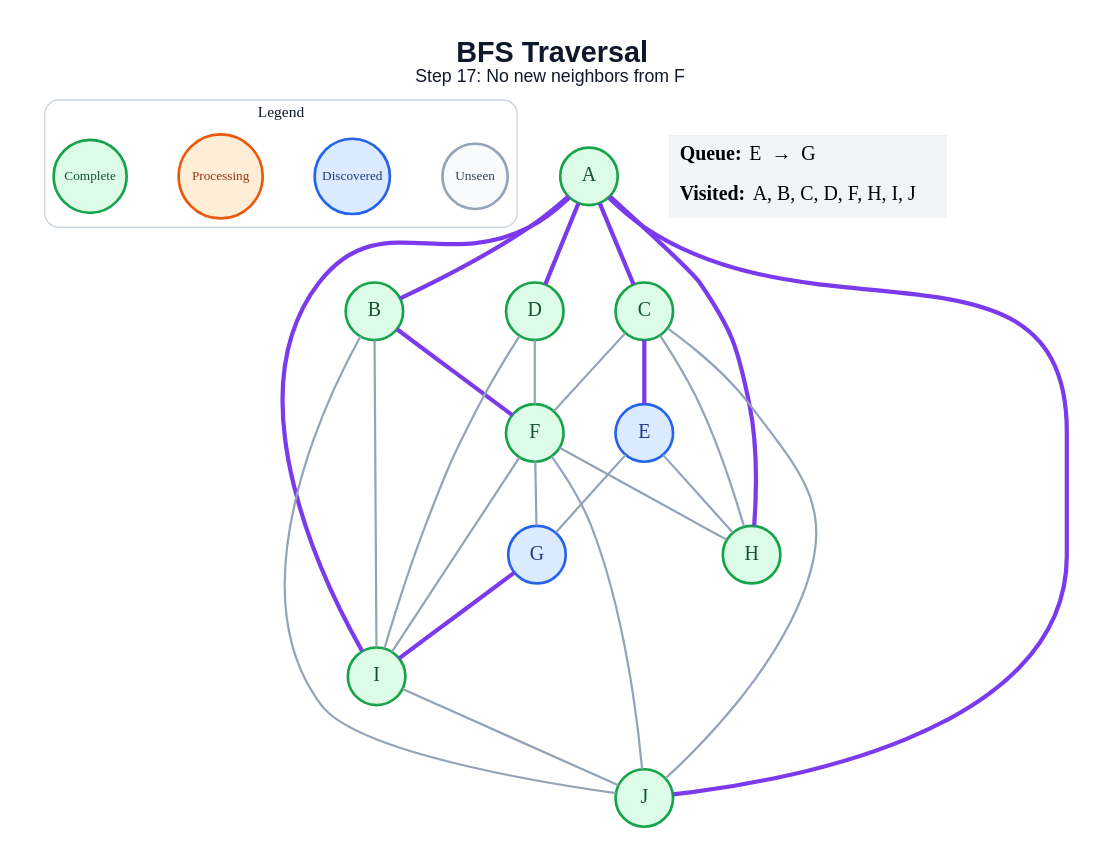
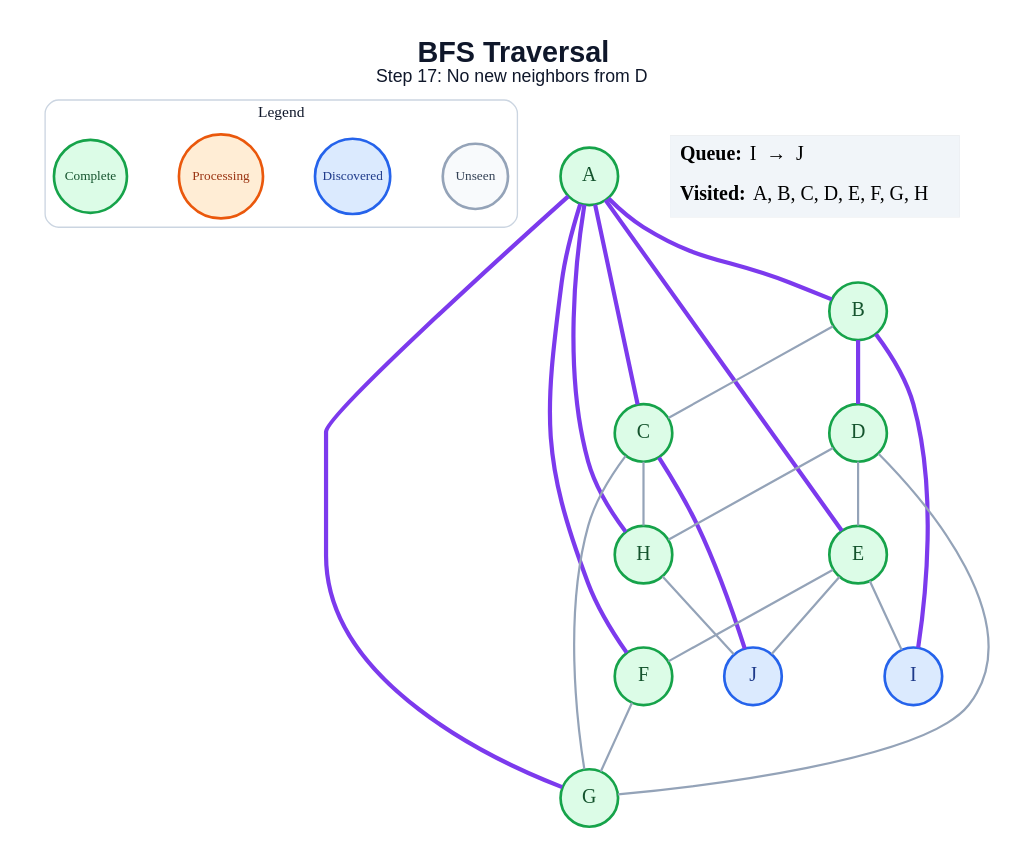
One commit to amanghodawala9/ai-slop changed the diagram in generated/bfs/step_17.dot. Above: the diagram before and after it, drawn with Graphviz. The commit also changed 178 other files, not shown here.

```diff
--- a/generated/bfs/step_17.dot
+++ b/generated/bfs/step_17.dot
@@ -1,52 +1,49 @@
 graph traversal {
   graph [layout=dot, rankdir=TB, bgcolor="#FFFFFF", pad="0.35", nodesep="0.65", ranksep="0.8", fontname="Arial"];
   node [shape=circle, style="filled", fontname="Arial Bold", fontsize=18, width=0.72, fixedsize=true, penwidth=2.4];
   edge [color="#94A3B8", penwidth=2.0];
-  label=<<B>BFS Traversal</B><BR/><FONT POINT-SIZE="16">Step 17: No new neighbors from F</FONT>>; labelloc="t"; fontsize=26; fontname="Arial"; fontcolor="#0F172A";
+  label=<<B>BFS Traversal</B><BR/><FONT POINT-SIZE="16">Step 17: No new neighbors from D</FONT>>; labelloc="t"; fontsize=26; fontname="Arial"; fontcolor="#0F172A";
   subgraph cluster_legend { label="Legend"; color="#CBD5E1"; penwidth=1.2; style="rounded"; fontsize=14; fontname="Arial Bold";
     key_unseen [label="Unseen", fillcolor="#F8FAFC", color="#94A3B8", fontcolor="#334155", fontsize=12, width=0.82];
     key_frontier [label="Discovered", fillcolor="#DBEAFE", color="#2563EB", fontcolor="#1E3A8A", fontsize=12, width=0.95];
     key_current [label="Processing", fillcolor="#FFEDD5", color="#EA580C", fontcolor="#9A3412", fontsize=12, width=1.05];
     key_done [label="Complete", fillcolor="#DCFCE7", color="#16A34A", fontcolor="#14532D", fontsize=12, width=0.92];
     { rank=same; key_unseen; key_frontier; key_current; key_done; }
   }
   A [fillcolor="#DCFCE7", color="#16A34A", fontcolor="#14532D"];
   B [fillcolor="#DCFCE7", color="#16A34A", fontcolor="#14532D"];
   C [fillcolor="#DCFCE7", color="#16A34A", fontcolor="#14532D"];
   D [fillcolor="#DCFCE7", color="#16A34A", fontcolor="#14532D"];
-  E [fillcolor="#DBEAFE", color="#2563EB", fontcolor="#1E3A8A"];
+  E [fillcolor="#DCFCE7", color="#16A34A", fontcolor="#14532D"];
   F [fillcolor="#DCFCE7", color="#16A34A", fontcolor="#14532D"];
-  G [fillcolor="#DBEAFE", color="#2563EB", fontcolor="#1E3A8A"];
+  G [fillcolor="#DCFCE7", color="#16A34A", fontcolor="#14532D"];
   H [fillcolor="#DCFCE7", color="#16A34A", fontcolor="#14532D"];
-  I [fillcolor="#DCFCE7", color="#16A34A", fontcolor="#14532D"];
-  J [fillcolor="#DCFCE7", color="#16A34A", fontcolor="#14532D"];
+  I [fillcolor="#DBEAFE", color="#2563EB", fontcolor="#1E3A8A"];
+  J [fillcolor="#DBEAFE", color="#2563EB", fontcolor="#1E3A8A"];
   A -- B [color="#7C3AED", penwidth=3.8];
   A -- C [color="#7C3AED", penwidth=3.8];
-  A -- D [color="#7C3AED", penwidth=3.8];
+  A -- E [color="#7C3AED", penwidth=3.8];
+  A -- F [color="#7C3AED", penwidth=3.8];
+  A -- G [color="#7C3AED", penwidth=3.8];
   A -- H [color="#7C3AED", penwidth=3.8];
-  A -- I [color="#7C3AED", penwidth=3.8];
-  A -- J [color="#7C3AED", penwidth=3.8];
-  B -- F [color="#7C3AED", penwidth=3.8];
-  B -- I;
-  B -- J;
-  C -- E [color="#7C3AED", penwidth=3.8];
-  C -- F;
+  B -- C;
+  B -- D [color="#7C3AED", penwidth=3.8];
+  B -- I [color="#7C3AED", penwidth=3.8];
+  C -- G;
   C -- H;
-  C -- J;
-  D -- F;
-  D -- I;
-  E -- G;
-  E -- H;
+  C -- J [color="#7C3AED", penwidth=3.8];
+  D -- E;
+  D -- G;
+  D -- H;
+  E -- F;
+  E -- I;
+  E -- J;
   F -- G;
-  F -- H;
-  F -- I;
-  F -- J;
-  G -- I [color="#7C3AED", penwidth=3.8];
-  I -- J;
+  H -- J;
   status [shape=plain, fixedsize=false, width=0, height=0, margin=0, label=<
     <TABLE BORDER="0" CELLBORDER="0" CELLPADDING="7" BGCOLOR="#F1F5F9">
-      <TR><TD ALIGN="LEFT"><B>Queue:</B> E  →  G</TD></TR>
-      <TR><TD ALIGN="LEFT"><B>Visited:</B> A, B, C, D, F, H, I, J</TD></TR>
+      <TR><TD ALIGN="LEFT"><B>Queue:</B> I  →  J</TD></TR>
+      <TR><TD ALIGN="LEFT"><B>Visited:</B> A, B, C, D, E, F, G, H</TD></TR>
     </TABLE>
   >];
 }
```
